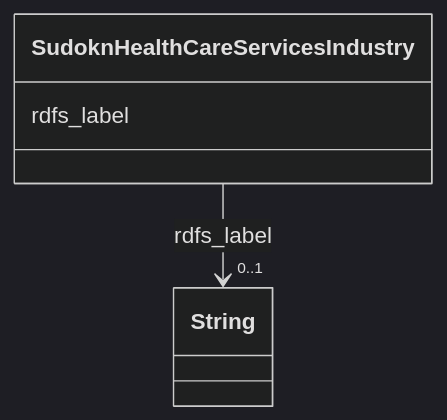
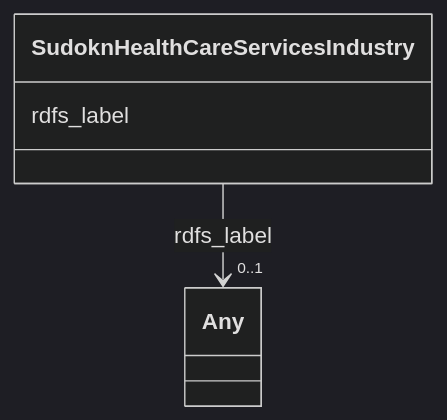
The diagram in sudokn-kg/classes/SudoknHealthCareServicesIndustry.md (frink-okn/graph-descriptions), drawn with Mermaid (dark theme) before and after one commit. The commit also changed other lines of this file and 903 other files, not shown here.

````diff
--- a/sudokn-kg/classes/SudoknHealthCareServicesIndustry.md
+++ b/sudokn-kg/classes/SudoknHealthCareServicesIndustry.md
@@ -23,15 +18,15 @@
 ```mermaid
  classDiagram
     class SudoknHealthCareServicesIndustry
     click SudoknHealthCareServicesIndustry href "../SudoknHealthCareServicesIndustry"
       SudoknHealthCareServicesIndustry : rdfs_label
         
           
     
     
-    SudoknHealthCareServicesIndustry --> "0..1" String : rdfs_label
-    click String href "../String"
+    SudoknHealthCareServicesIndustry --> "0..1" Any : rdfs_label
+    click Any href "../Any"
 
         
       
 ```
````
